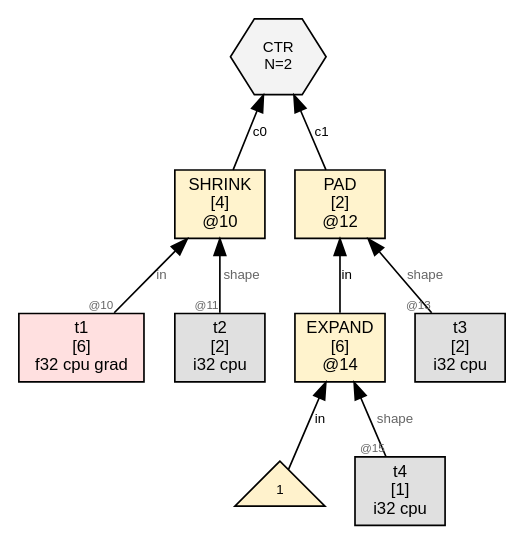
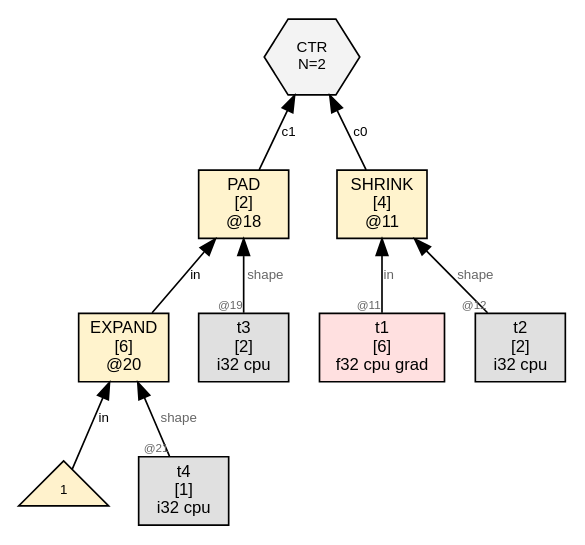
Before and after one commit to sw1sh/TinyHVM: the diagram in wl/examples/thvm_graphs/grad_rules/shrink/thvm_1_post_reduce.dot, drawn with Graphviz. The commit also changed 156 other files, not shown here.

First line of the commit message:
grad: migrate mk() to UOP_GRAD2; all 50 rule tests flow through new path

```diff
--- a/wl/examples/thvm_graphs/grad_rules/shrink/thvm_1_post_reduce.dot
+++ b/wl/examples/thvm_graphs/grad_rules/shrink/thvm_1_post_reduce.dot
@@ -1,23 +1,23 @@
 digraph G {
   rankdir=BT;
   node [fontname="Helvetica", fontsize=10, style=filled, shape=box, margin="0.1,0.05"];
   edge [fontsize=8, fontname="Helvetica"];
 
-  n12 [label="PAD\n[2]\n@12", shape=box, fillcolor="#fff3cd"];
-  n14 -> n12 [label="in"];
+  n11 [label="SHRINK\n[4]\n@11", shape=box, fillcolor="#fff3cd"];
+  t1 [label="t1\n[6]\nf32 cpu grad",shape=box,fillcolor="#ffe0e0"];
+  t1 -> n11 [label="in",taillabel="@11",labelfontsize=7,fontcolor="#666666"];
+  t2 [label="t2\n[2]\ni32 cpu",shape=box,fillcolor="#e0e0e0"];
+  t2 -> n11 [label="shape",taillabel="@12",labelfontsize=7,fontcolor="#666666"];
+  n18 [label="PAD\n[2]\n@18", shape=box, fillcolor="#fff3cd"];
+  n20 -> n18 [label="in"];
   t3 [label="t3\n[2]\ni32 cpu",shape=box,fillcolor="#e0e0e0"];
-  t3 -> n12 [label="shape",taillabel="@13",labelfontsize=7,fontcolor="#666666"];
-  n10 [label="SHRINK\n[4]\n@10", shape=box, fillcolor="#fff3cd"];
-  t1 [label="t1\n[6]\nf32 cpu grad",shape=box,fillcolor="#ffe0e0"];
-  t1 -> n10 [label="in",taillabel="@10",labelfontsize=7,fontcolor="#666666"];
-  t2 [label="t2\n[2]\ni32 cpu",shape=box,fillcolor="#e0e0e0"];
-  t2 -> n10 [label="shape",taillabel="@11",labelfontsize=7,fontcolor="#666666"];
-  ctr6 [label="CTR\nN=2", shape=hexagon, fillcolor="#f3f3f3", fontsize=9];
-  n10 -> ctr6 [label="c0"];
-  n12 -> ctr6 [label="c1"];
-  n14 [label="EXPAND\n[6]\n@14", shape=box, fillcolor="#fff3cd"];
-  num14_0 [label="1",shape=triangle,fillcolor="#fff2cc",fontsize=8];
-  num14_0 -> n14 [label="in"];
+  t3 -> n18 [label="shape",taillabel="@19",labelfontsize=7,fontcolor="#666666"];
+  ctr8 [label="CTR\nN=2", shape=hexagon, fillcolor="#f3f3f3", fontsize=9];
+  n11 -> ctr8 [label="c0"];
+  n18 -> ctr8 [label="c1"];
+  n20 [label="EXPAND\n[6]\n@20", shape=box, fillcolor="#fff3cd"];
+  num20_0 [label="1",shape=triangle,fillcolor="#fff2cc",fontsize=8];
+  num20_0 -> n20 [label="in"];
   t4 [label="t4\n[1]\ni32 cpu",shape=box,fillcolor="#e0e0e0"];
-  t4 -> n14 [label="shape",taillabel="@15",labelfontsize=7,fontcolor="#666666"];
+  t4 -> n20 [label="shape",taillabel="@21",labelfontsize=7,fontcolor="#666666"];
 }
```
